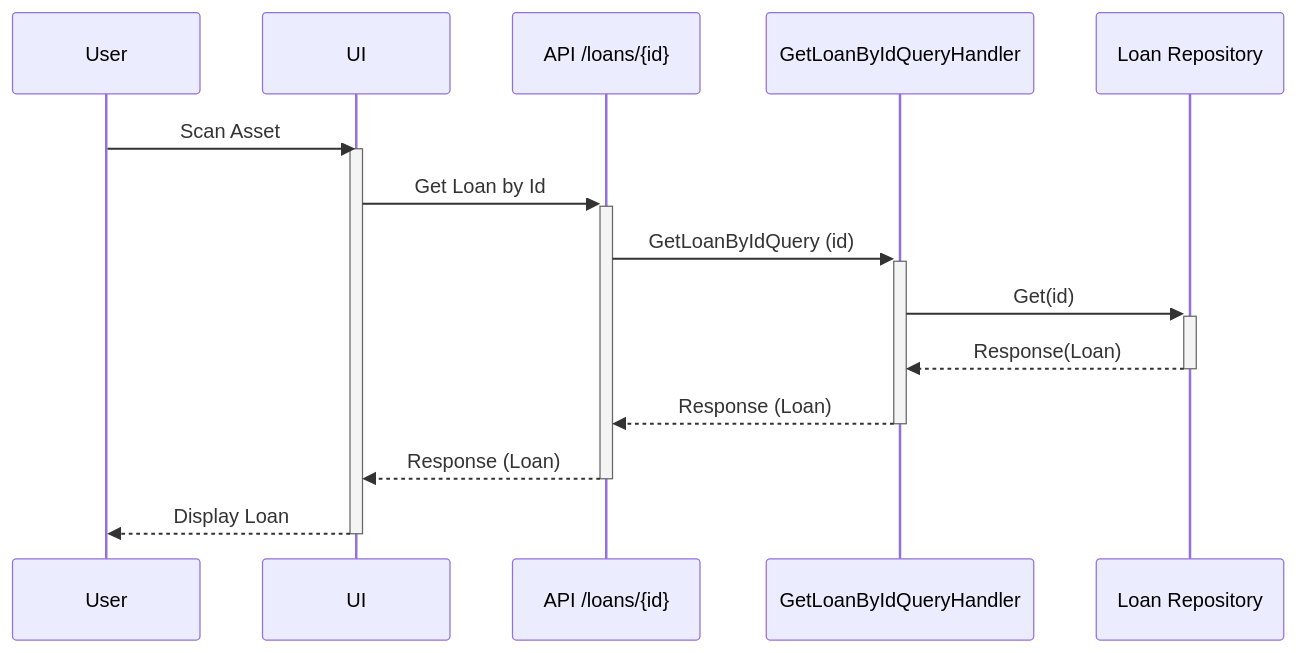
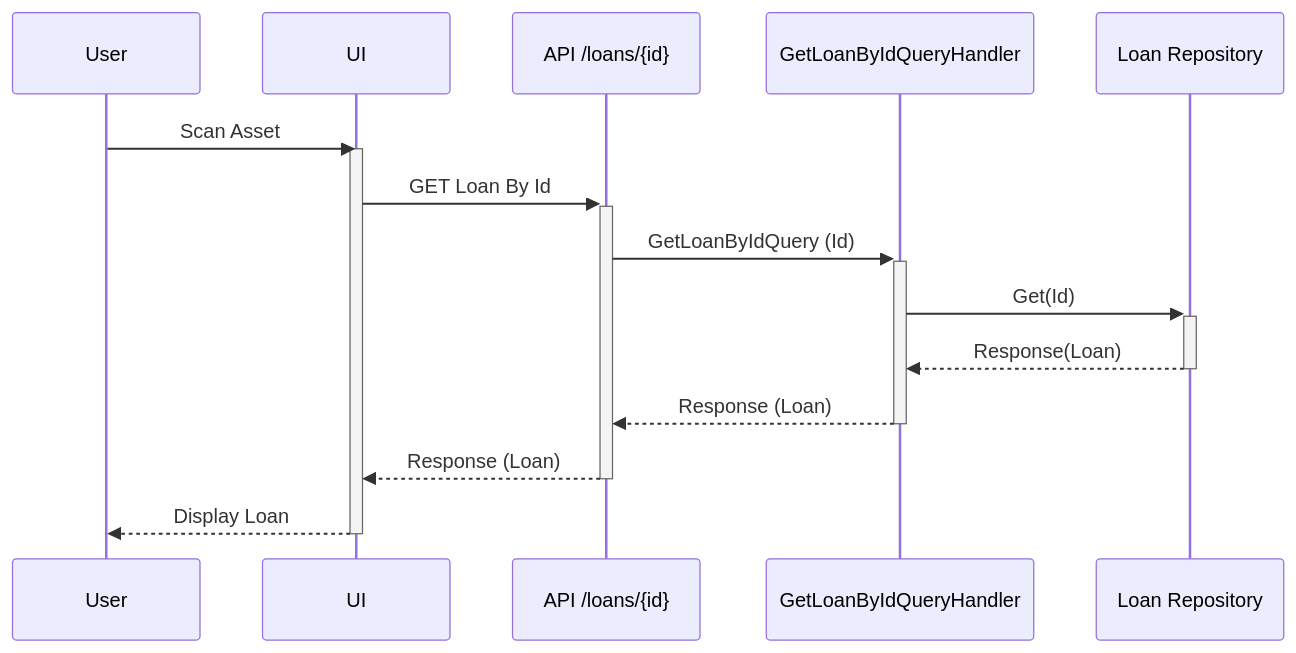
The first of 6 diagrams in docs/sequence-diagrams/read-loan.md (livun/bouvet-asset-hub), drawn with Mermaid before and after one commit. The commit also changed other lines of this file and 9 other files, not shown here.

Commit message:
Finished with sequence diagrams

````diff
--- a/docs/sequence-diagrams/read-loan.md
+++ b/docs/sequence-diagrams/read-loan.md
@@ -3,14 +3,14 @@
 ```mermaid
 sequenceDiagram
 User ->> UI : Scan Asset
     Activate UI
-        UI ->>+ API /loans/{id}: Get Loan by Id
-        API /loans/{id} ->>+ GetLoanByIdQueryHandler : GetLoanByIdQuery (id)
-        GetLoanByIdQueryHandler ->>+ Loan Repository : Get(id)
+        UI ->>+ API /loans/{id}: GET Loan By Id
+        API /loans/{id} ->>+ GetLoanByIdQueryHandler : GetLoanByIdQuery (Id)
+        GetLoanByIdQueryHandler ->>+ Loan Repository : Get(Id)
         Loan Repository -->>- GetLoanByIdQueryHandler : Response(Loan)
         GetLoanByIdQueryHandler -->>- API /loans/{id} : Response (Loan)
         API /loans/{id} -->>- UI : Response (Loan)
         UI -->> User: Display Loan
     Deactivate UI
 
 ```
````
